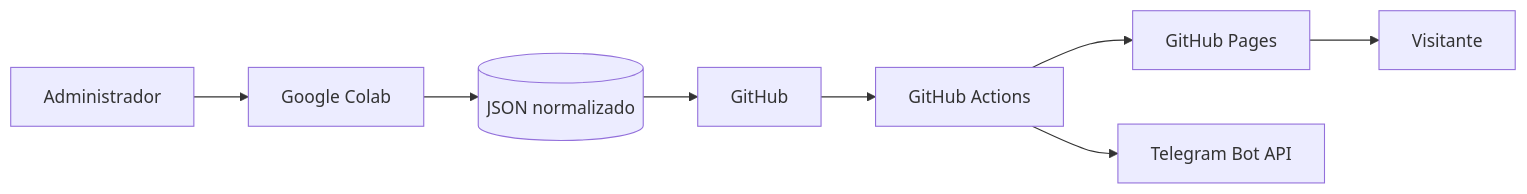
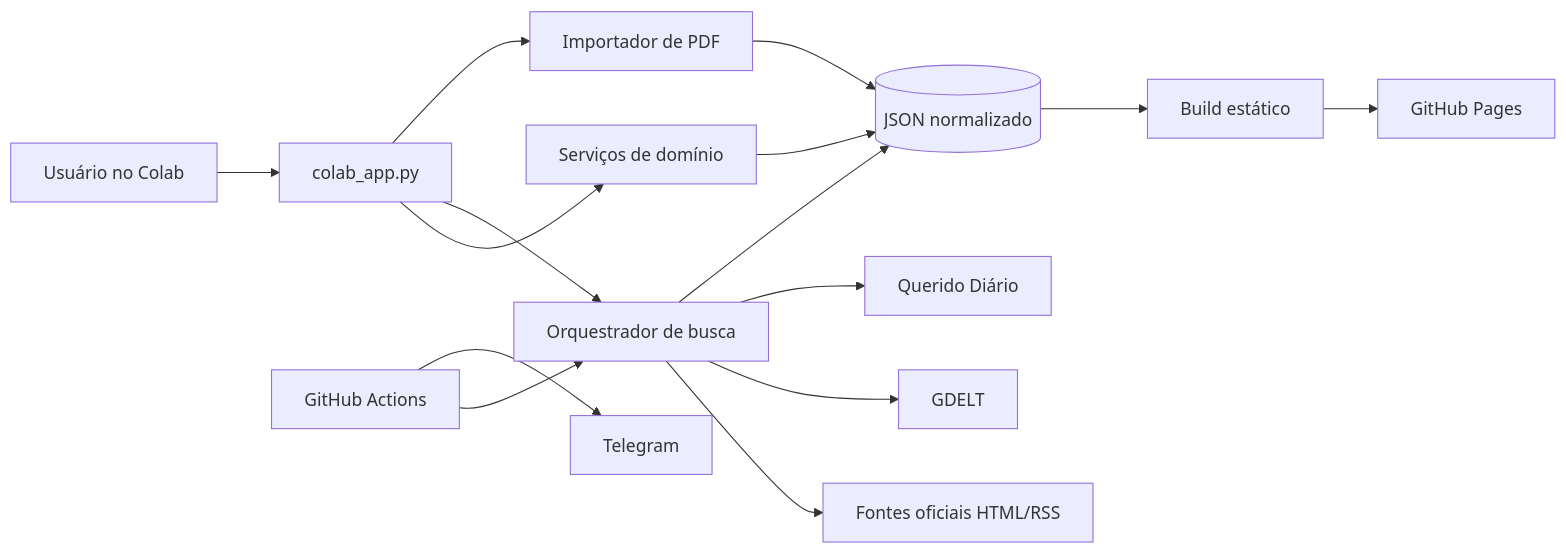
One commit to osmarrcs/radar-concursos-ti changed the first of 3 diagrams in documentation/architecture.md. Above: the diagram before and after it, drawn with Mermaid. The commit also changed other lines of this file and 35 other files, not shown here.

````diff
--- a/documentation/architecture.md
+++ b/documentation/architecture.md
@@ -22,10 +5,17 @@
 ```mermaid
 flowchart LR
-  U[Administrador] --> C[Google Colab]
-  C --> D[(JSON normalizado)]
-  D --> G[GitHub]
-  G --> A[GitHub Actions]
-  A --> P[GitHub Pages]
-  P --> V[Visitante]
-  A --> T[Telegram Bot API]
+    U[Usuário no Colab] --> UI[colab_app.py]
+    UI --> S[Serviços de domínio]
+    UI --> O[Orquestrador de busca]
+    UI --> P[Importador de PDF]
+    O --> F[Fontes oficiais HTML/RSS]
+    O --> G[GDELT]
+    O --> Q[Querido Diário]
+    S --> D[(JSON normalizado)]
+    P --> D
+    O --> D
+    D --> B[Build estático]
+    B --> W[GitHub Pages]
+    A[GitHub Actions] --> O
+    A --> T[Telegram]
 ```
````
